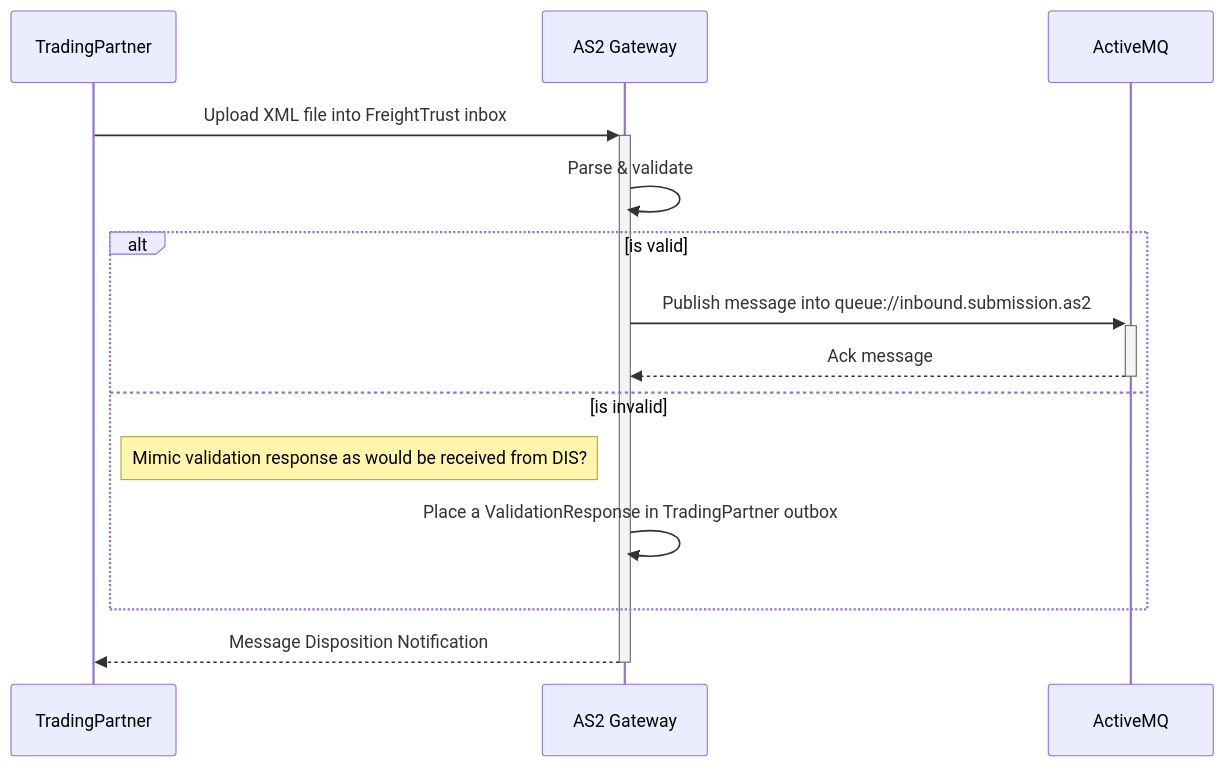
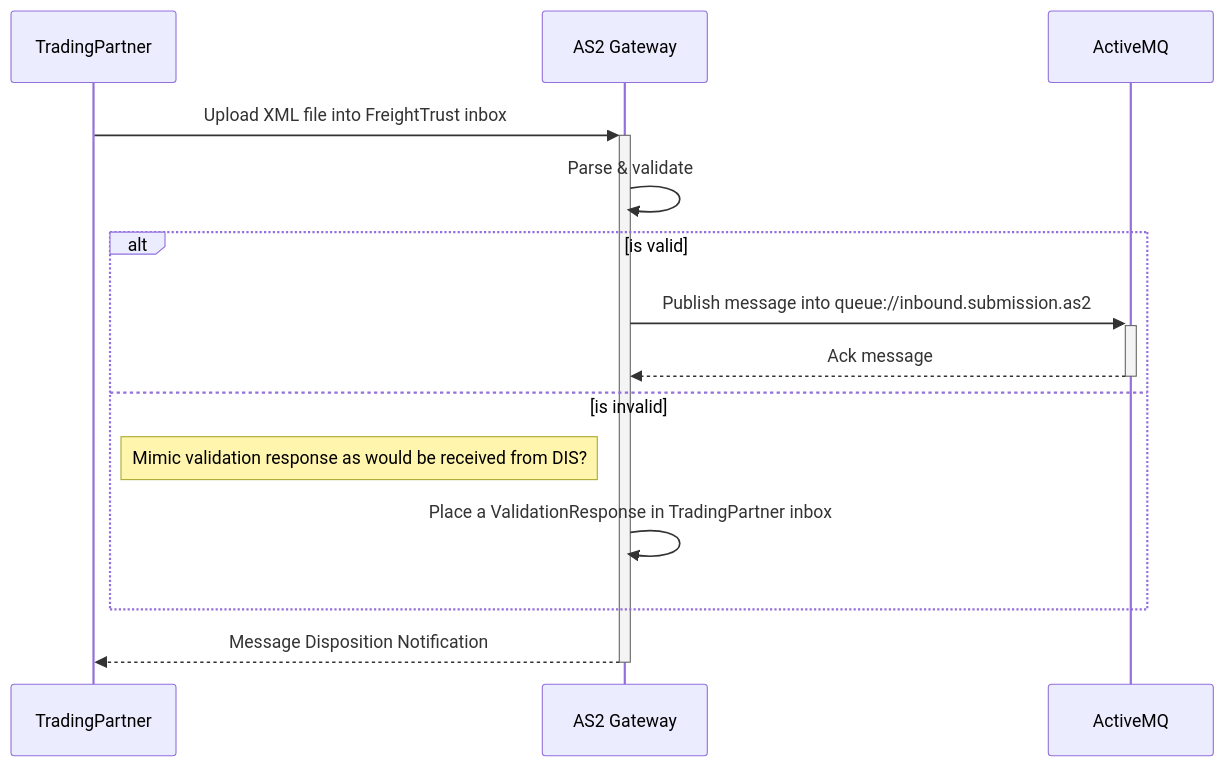
Before and after one commit to as2network/as2ng: the first of 2 diagrams in docs/workflows/as2.md, drawn with Mermaid. The commit also changed 3 other files, not shown here.

````diff
--- a/docs/workflows/as2.md
+++ b/docs/workflows/as2.md
@@ -5,13 +5,13 @@
 ```mermaid
 sequenceDiagram
     TradingPartner ->>+ AS2 Gateway: Upload XML file into FreightTrust inbox        
     AS2 Gateway ->> AS2 Gateway: Parse & validate
     alt is valid
         AS2 Gateway ->>+ ActiveMQ: Publish message into queue://inbound.submission.as2
         ActiveMQ -->>- AS2 Gateway: Ack message      
     else is invalid
         Note left of AS2 Gateway: Mimic validation response as would be received from DIS?
-        AS2 Gateway ->> AS2 Gateway: Place a ValidationResponse in TradingPartner outbox
+        AS2 Gateway ->> AS2 Gateway: Place a ValidationResponse in TradingPartner inbox
     end                 
     AS2 Gateway -->>- TradingPartner: Message Disposition Notification    
 ```
````
